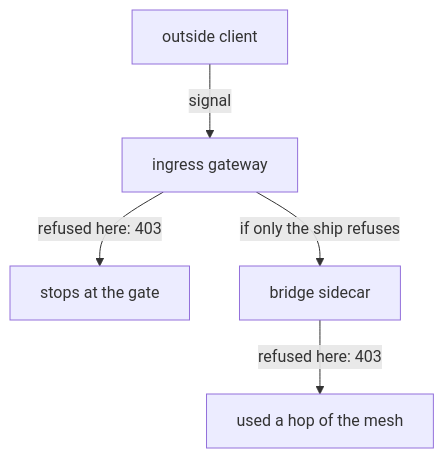
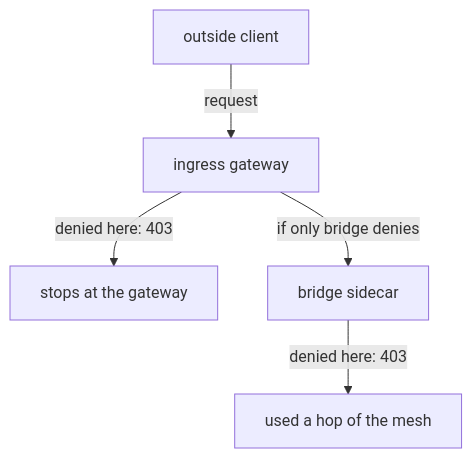
One commit to astrona-io/ATS015 changed the diagram in sections/section-050/module-01/course-01-guard-the-arrival-gate.md. Above: the diagram before and after it, drawn with Mermaid. The commit also changed other lines of this file and 38 other files, not shown here.

````diff
--- a/sections/section-050/module-01/course-01-guard-the-arrival-gate.md
+++ b/sections/section-050/module-01/course-01-guard-the-arrival-gate.md
@@ -154,7 +154,7 @@
 ```mermaid
 flowchart TB
-    C["outside client"] -->|"signal"| G["ingress gateway"]
-    G -->|"refused here: 403"| X["stops at the gate"]
-    G -->|"if only the ship refuses"| B["bridge sidecar"]
-    B -->|"refused here: 403"| Y["used a hop of the mesh"]
+    C["outside client"] -->|"request"| G["ingress gateway"]
+    G -->|"denied here: 403"| X["stops at the gateway"]
+    G -->|"if only bridge denies"| B["bridge sidecar"]
+    B -->|"denied here: 403"| Y["used a hop of the mesh"]
 ```
````
